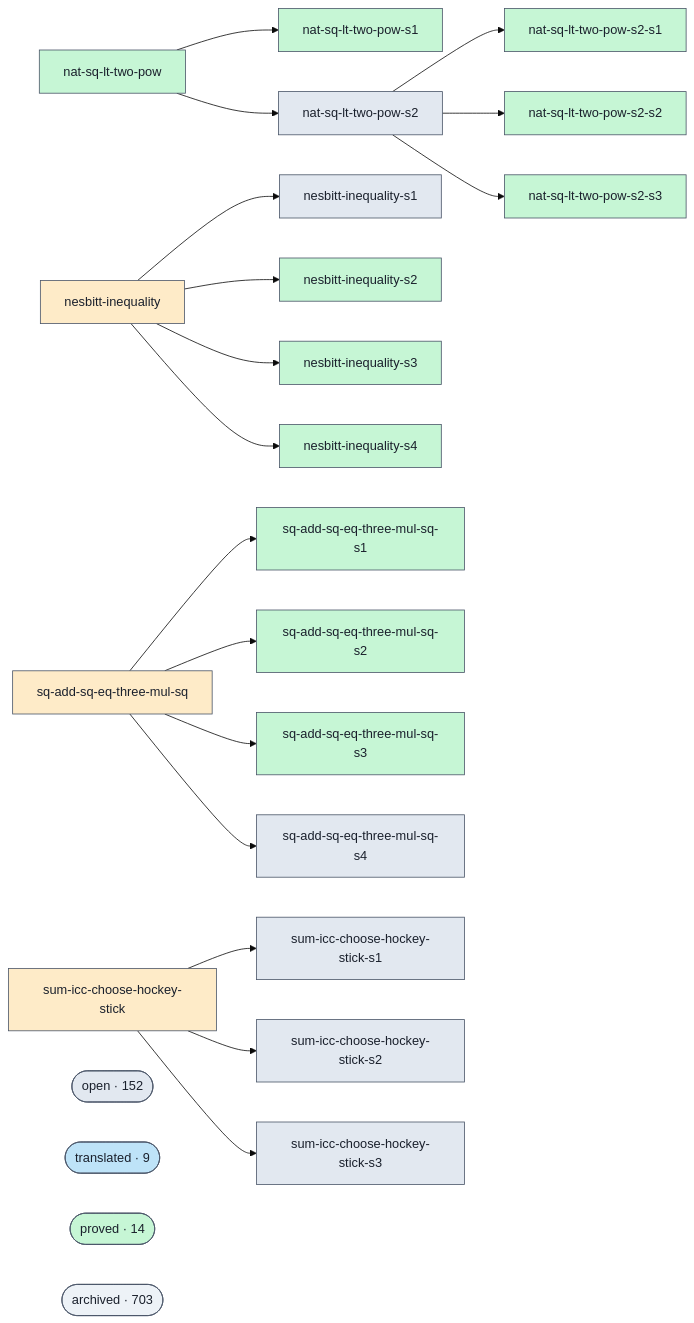
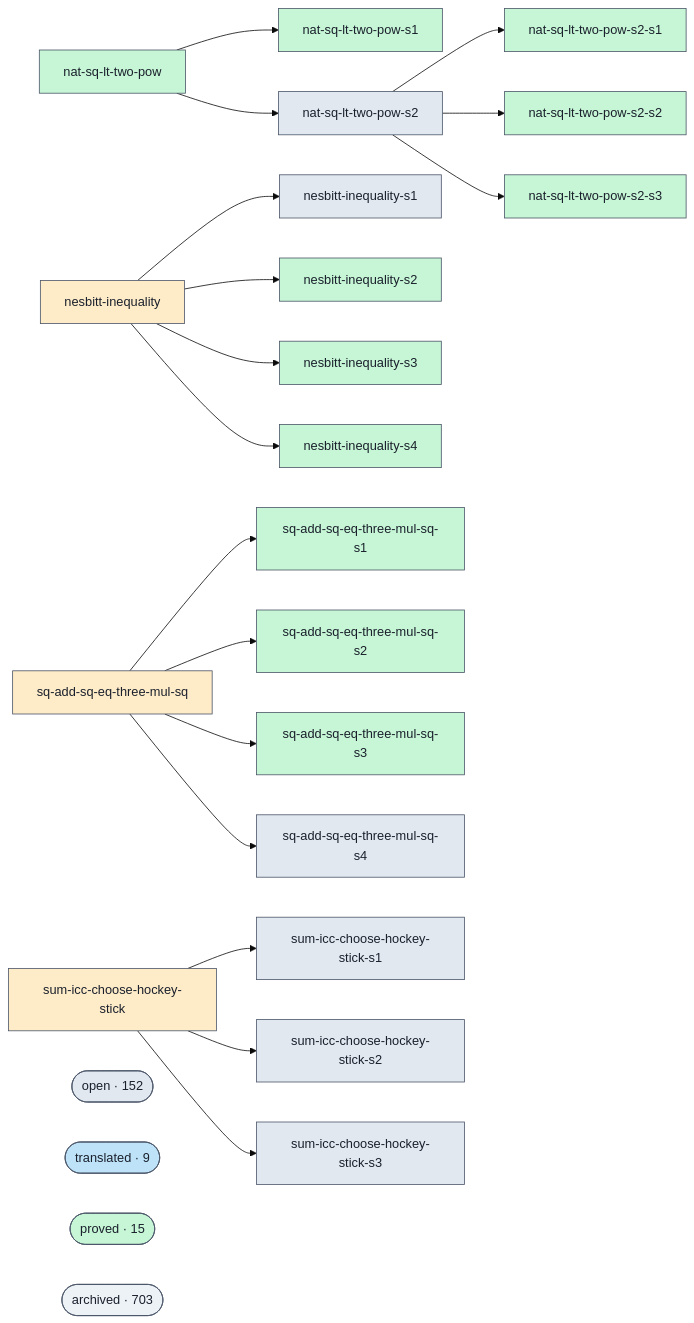
Before and after one commit to ohdearquant/unsorry: the diagram in docs/proofs-contributors-visualisation.md, drawn with Mermaid (base theme). The commit also changed other lines of this file and 2 other files, not shown here.

```diff
--- a/docs/proofs-contributors-visualisation.md
+++ b/docs/proofs-contributors-visualisation.md
@@ -102,7 +102,7 @@
   class cluster_open open;
   cluster_translated(["translated · 9"])
   class cluster_translated translated;
-  cluster_proved(["proved · 14"])
+  cluster_proved(["proved · 15"])
   class cluster_proved proved;
   cluster_archived(["archived · 703"])
   class cluster_archived unknown;
```
